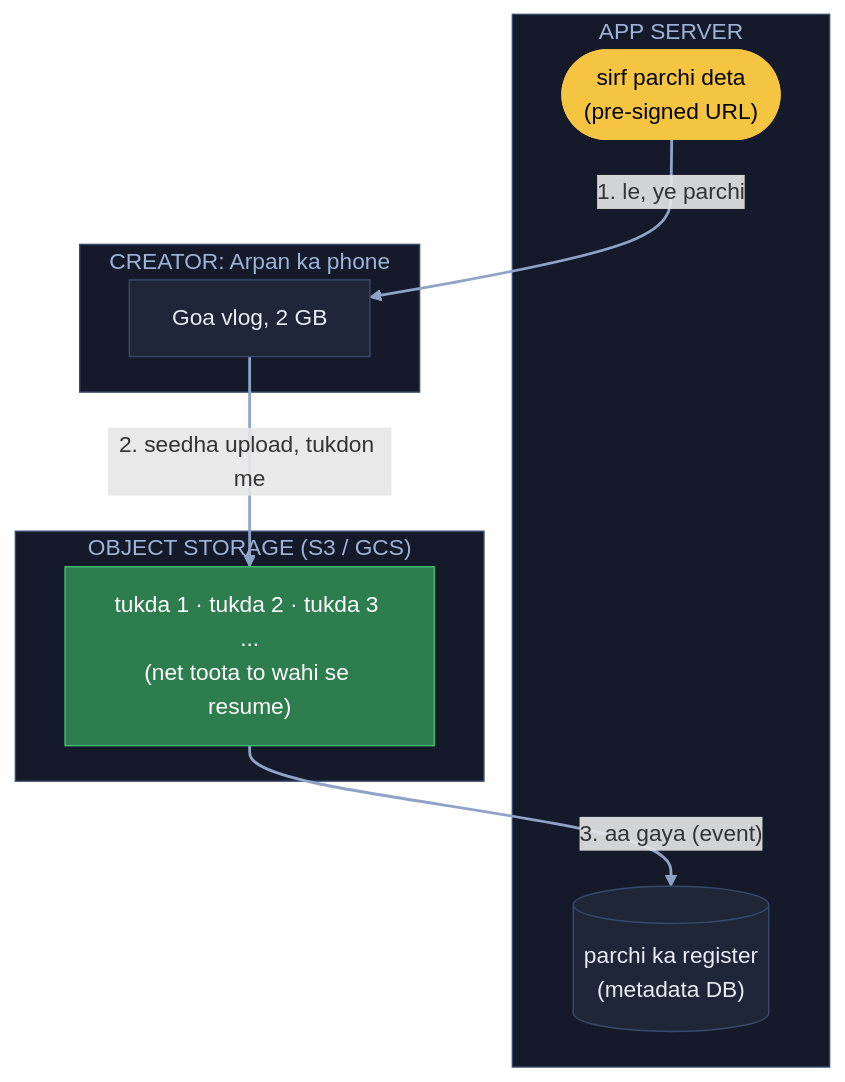
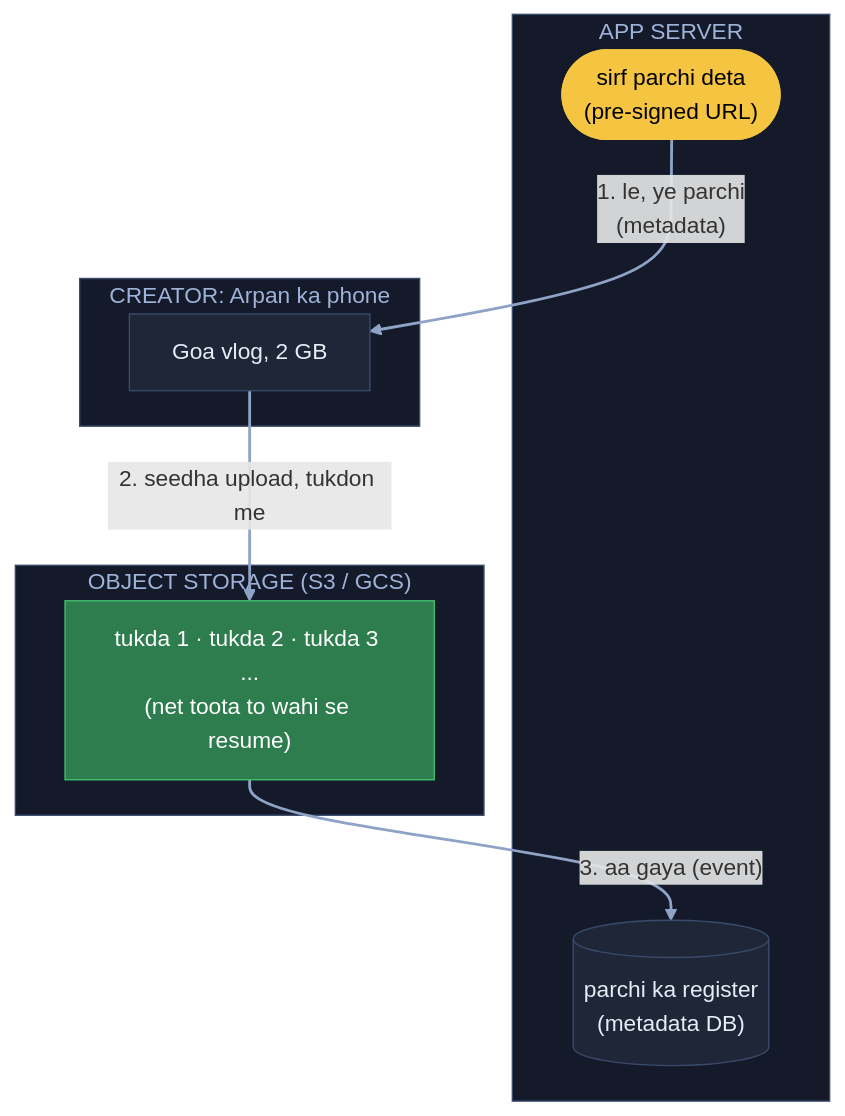
The first of 9 diagrams in 04_HLD/SYSTEM_DESIGNS/19_youtube/19_youtube.md (ArpanMaheshwari144/Prep), drawn with Mermaid before and after one commit. The commit also changed 22 other files, not shown here.

Commit message:
Diagram: sirf kahani ke dohraaye shabd pe bracket, us jagah notes wala matlab (207 label)

````diff
--- a/04_HLD/SYSTEM_DESIGNS/19_youtube/19_youtube.md
+++ b/04_HLD/SYSTEM_DESIGNS/19_youtube/19_youtube.md
@@ -86,23 +86,23 @@
 ```mermaid
 flowchart TB
     subgraph C["CREATOR: Arpan ka phone"]
         F["Goa vlog, 2 GB"]:::card
     end
     subgraph A["APP SERVER"]
         P(["sirf parchi deta<br/>(pre-signed URL)"]):::pill
         M[("parchi ka register<br/>(metadata DB)")]:::card
     end
     subgraph S["OBJECT STORAGE (S3 / GCS)"]
         T["tukda 1 · tukda 2 · tukda 3 ...<br/>(net toota to wahi se resume)"]:::good
     end
-    P -- "1. le, ye parchi" --> F
+    P -- "1. le, ye parchi<br/>(metadata)" --> F
     F == "2. seedha upload, tukdon me" ==> T
     T -- "3. aa gaya (event)" --> M
     linkStyle default stroke:#8fa3c7,stroke-width:2px
     classDef card fill:#1e2638,stroke:#3a4a6b,color:#e8ecf5
     classDef pill fill:#f5c542,stroke:#f5c542,color:#000
     classDef good fill:#2e7d4f,stroke:#3fbf6f,color:#fff
     style C fill:#141a29,stroke:#3a4a6b,color:#9fb3d9
     style A fill:#141a29,stroke:#3a4a6b,color:#9fb3d9
     style S fill:#141a29,stroke:#3a4a6b,color:#9fb3d9
 ```
````
